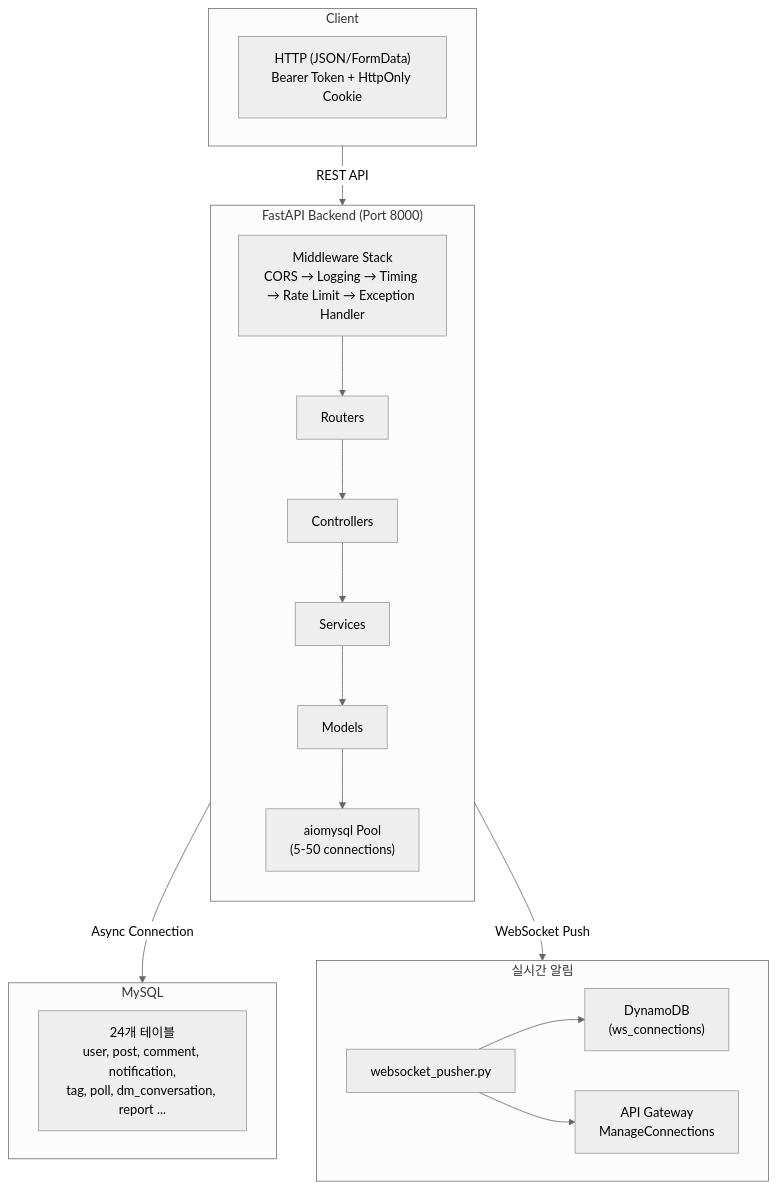
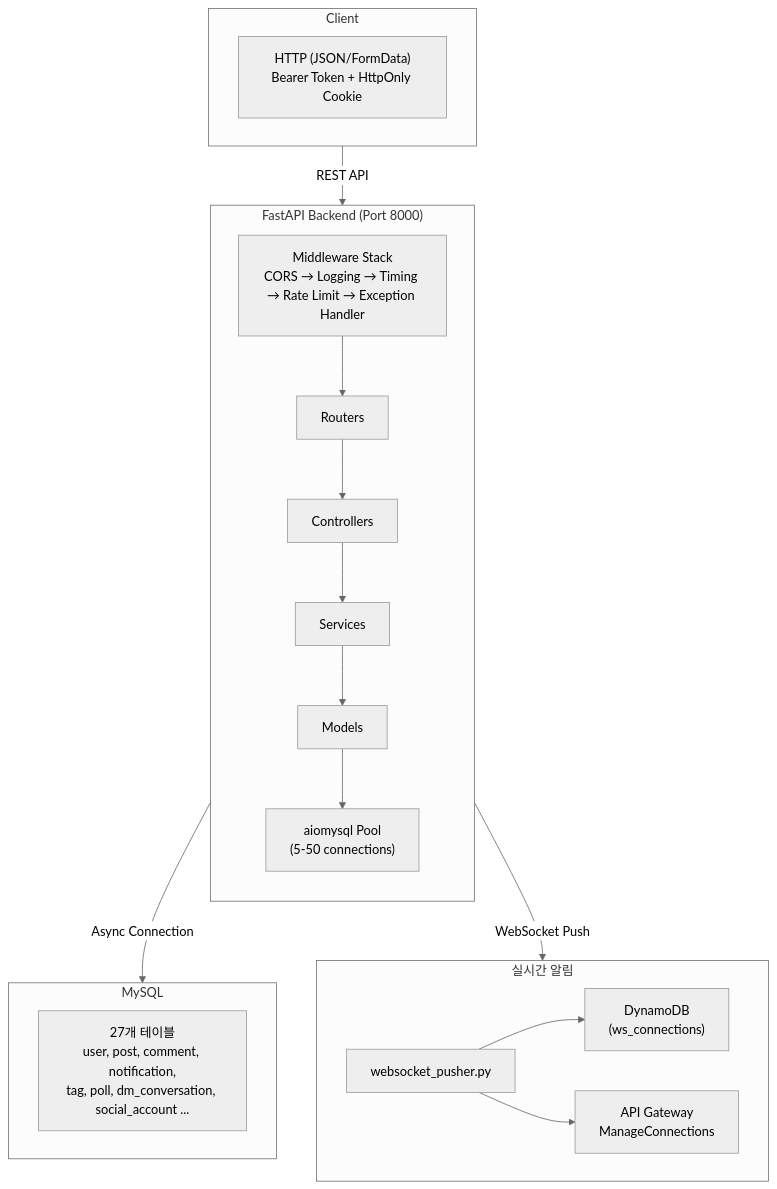
One commit to 80-hours-a-week/2-cho-community-be changed the first of 5 diagrams in README.md. Above: the diagram before and after it, drawn with Mermaid (neutral theme). The commit also changed other lines of this file and 4 other files, not shown here.

````diff
--- a/README.md
+++ b/README.md
@@ -22,32 +22,32 @@
 ```mermaid
 flowchart TD
     subgraph Client["Client"]
         FE["HTTP (JSON/FormData)<br/>Bearer Token + HttpOnly Cookie"]
     end
 
     Client -->|"REST API"| Backend
 
     subgraph Backend["FastAPI Backend (Port 8000)"]
         direction TB
         MW["Middleware Stack<br/>CORS → Logging → Timing → Rate Limit → Exception Handler"]
         MW --> Routers
         Routers --> Controllers
         Controllers --> Services
         Services --> Models
         Models --> Pool["aiomysql Pool<br/>(5-50 connections)"]
     end
 
     Backend -->|"Async Connection"| DB
 
     subgraph DB["MySQL"]
-        Tables["24개 테이블<br/>user, post, comment, notification,<br/>tag, poll, dm_conversation, report ..."]
+        Tables["27개 테이블<br/>user, post, comment, notification,<br/>tag, poll, dm_conversation, social_account ..."]
     end
 
     Backend -->|"WebSocket Push"| WS
 
     subgraph WS["실시간 알림"]
         Pusher["websocket_pusher.py"]
         Pusher --> DynamoDB["DynamoDB<br/>(ws_connections)"]
         Pusher --> APIGW["API Gateway<br/>ManageConnections"]
     end
 ```
````
